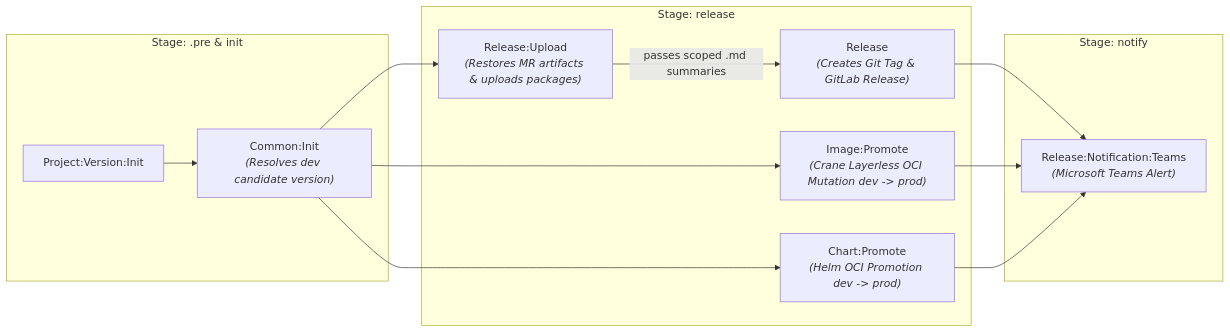
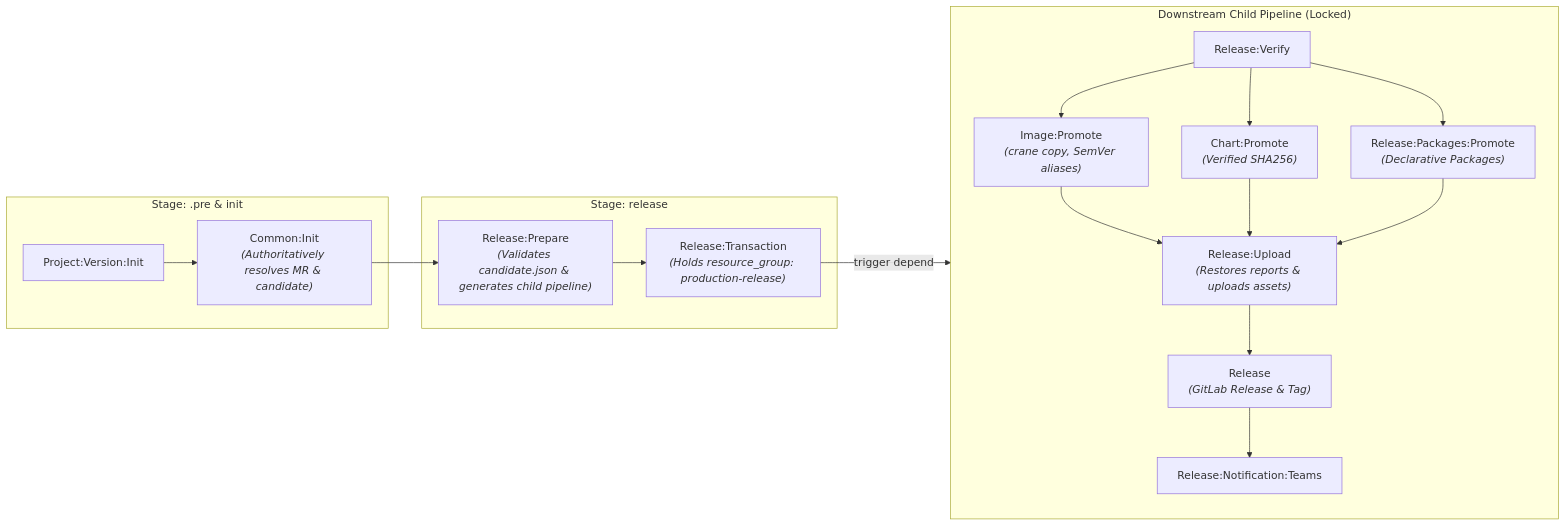
Before and after one commit to grootan-devops/gitlab-ci-library: the fourth of 6 diagrams in docs/pipeline-lifecycle.md, drawn with Mermaid. The commit also changed other lines of this file and 23 other files, not shown here.

First line of the commit message:
feat(release): 1.13.0 fail-closed fast-track release, declarative packages & transaction serialization (#23)

````diff
--- a/docs/pipeline-lifecycle.md
+++ b/docs/pipeline-lifecycle.md
@@ -233,17 +236,22 @@
 ```mermaid
 flowchart LR
     subgraph Pre_And_Init ["Stage: .pre & init"]
-        PVI["Project:Version:Init"] --> CI["Common:Init<br/><i>(Resolves dev candidate version)</i>"]
+        PVI["Project:Version:Init"] --> CI["Common:Init<br/><i>(Authoritatively resolves MR & candidate)</i>"]
     end
 
-    subgraph Release_Stage ["Stage: release"]
-        CI --> RU["Release:Upload<br/><i>(Restores MR artifacts & uploads packages)</i>"]
-        CI --> PI["Image:Promote<br/><i>(Crane Layerless OCI Mutation dev -> prod)</i>"]
-        CI --> PC["Chart:Promote<br/><i>(Helm OCI Promotion dev -> prod)</i>"]
-        RU -->|"passes scoped .md summaries"| REL["Release<br/><i>(Creates Git Tag & GitLab Release)</i>"]
+    subgraph Master_Orchestrator ["Stage: release"]
+        CI --> RP["Release:Prepare<br/><i>(Validates candidate.json & generates child pipeline)</i>"]
+        RP --> RT["Release:Transaction<br/><i>(Holds resource_group: production-release)</i>"]
     end
 
-    subgraph Notify_Stage ["Stage: notify"]
-        REL & PI & PC --> TEAMS["Release:Notification:Teams<br/><i>(Microsoft Teams Alert)</i>"]
+    subgraph Child_Release ["Downstream Child Pipeline (Locked)"]
+        RV["Release:Verify"] --> IP["Image:Promote<br/><i>(crane copy, SemVer aliases)</i>"]
+        RV --> CP["Chart:Promote<br/><i>(Verified SHA256)</i>"]
+        RV --> PK["Release:Packages:Promote<br/><i>(Declarative Packages)</i>"]
+        IP & CP & PK --> RU["Release:Upload<br/><i>(Restores reports & uploads assets)</i>"]
+        RU --> REL["Release<br/><i>(GitLab Release & Tag)</i>"]
+        REL --> TEAMS["Release:Notification:Teams"]
     end
+
+    RT -->|trigger depend| Child_Release
 ```
````
